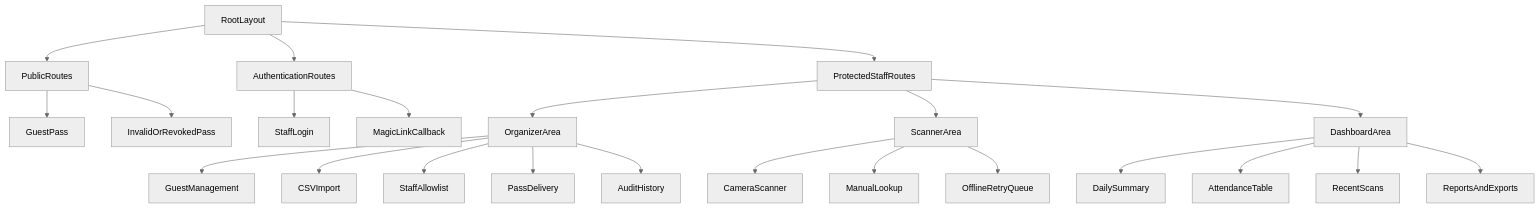
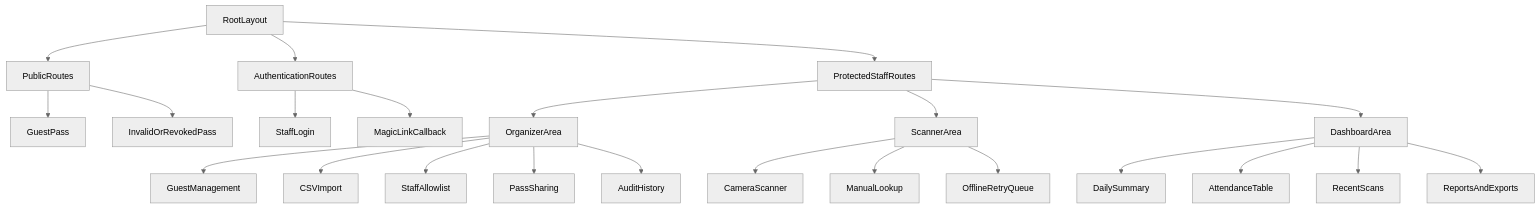
The second of 9 diagrams in docs/MASTER_SPEC.md (AmeerulH/check-in-platform), drawn with Mermaid (neutral theme) before and after one commit. The commit also changed other lines of this file and 8 other files, not shown here.

````diff
--- a/docs/MASTER_SPEC.md
+++ b/docs/MASTER_SPEC.md
@@ -220,31 +220,31 @@
 ```mermaid
 flowchart TD
   RootLayout[RootLayout] --> PublicRoutes[PublicRoutes]
   RootLayout --> AuthRoutes[AuthenticationRoutes]
   RootLayout --> ProtectedRoutes[ProtectedStaffRoutes]
 
   PublicRoutes --> GuestPass[GuestPass]
   PublicRoutes --> InvalidPass[InvalidOrRevokedPass]
 
   AuthRoutes --> StaffLogin[StaffLogin]
   AuthRoutes --> AuthCallback[MagicLinkCallback]
 
   ProtectedRoutes --> OrganizerArea[OrganizerArea]
   ProtectedRoutes --> ScannerArea[ScannerArea]
   ProtectedRoutes --> DashboardArea[DashboardArea]
 
   OrganizerArea --> GuestManagement[GuestManagement]
   OrganizerArea --> CsvImport[CSVImport]
   OrganizerArea --> StaffManagement[StaffAllowlist]
-  OrganizerArea --> PassDelivery[PassDelivery]
+  OrganizerArea --> PassSharing[PassSharing]
   OrganizerArea --> AuditHistory[AuditHistory]
 
   ScannerArea --> CameraScanner[CameraScanner]
   ScannerArea --> ManualLookup[ManualLookup]
   ScannerArea --> RetryQueue[OfflineRetryQueue]
 
   DashboardArea --> DailySummary[DailySummary]
   DashboardArea --> AttendanceTable[AttendanceTable]
   DashboardArea --> RecentScans[RecentScans]
   DashboardArea --> Reports[ReportsAndExports]
 ```
````
